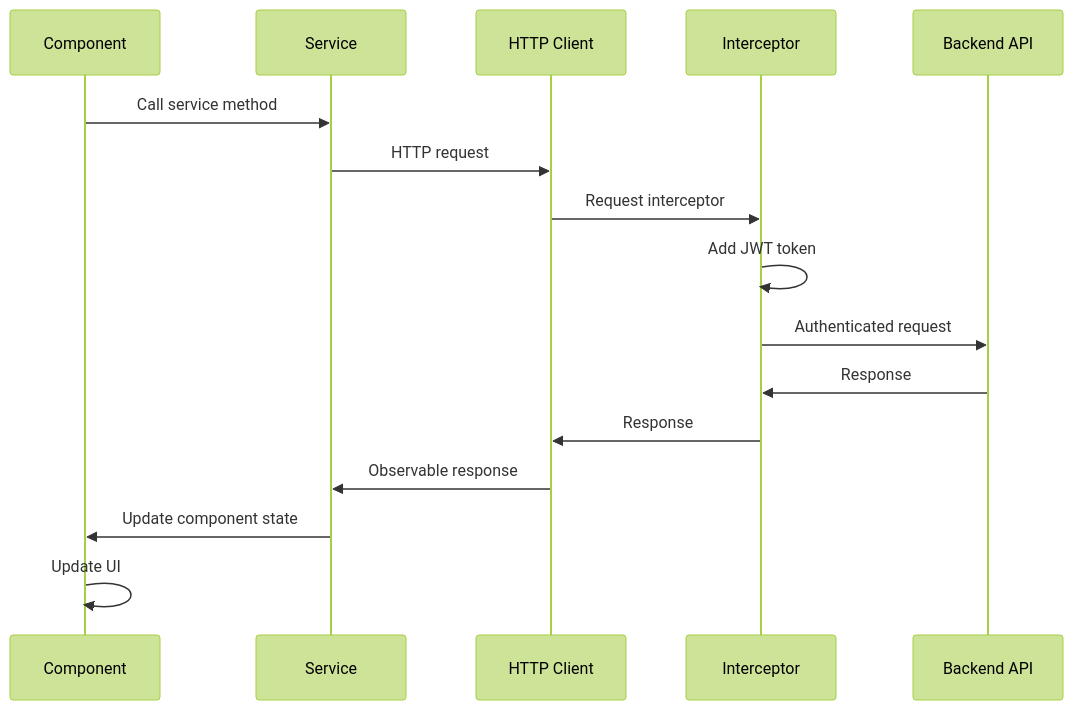
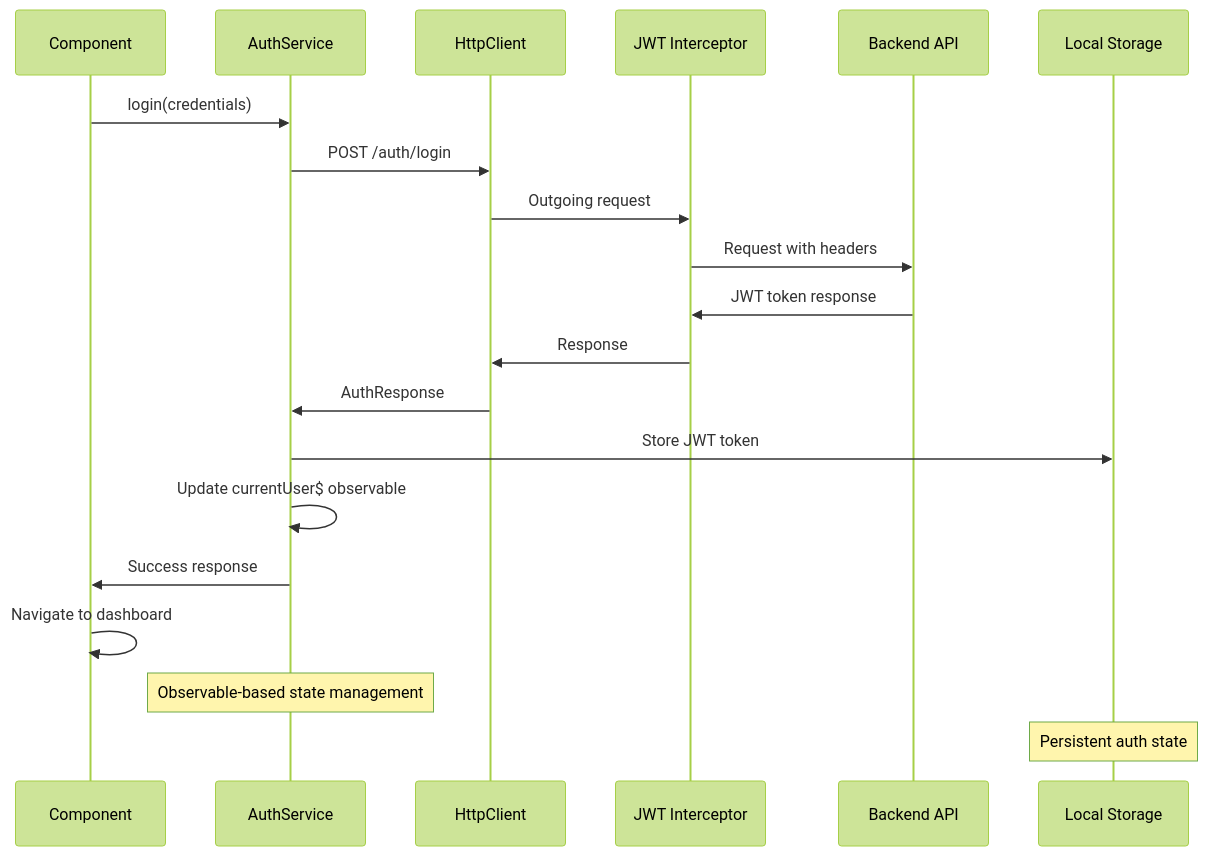
Diagram 20 of 28 in docs/PROJECT_DOCUMENTATION.md (mdabdullahfaruque/StudyBridgeBD), drawn with Mermaid (forest theme) before and after one commit. The commit also changed other lines of this file and 5 other files, not shown here.

````diff
--- a/docs/PROJECT_DOCUMENTATION.md
+++ b/docs/PROJECT_DOCUMENTATION.md
@@ -840,19 +907,24 @@
 ```mermaid
 sequenceDiagram
-    participant COMP as Component
-    participant SVC as Service
-    participant HTTP as HTTP Client
-    participant INT as Interceptor
+    participant UI as Component
+    participant AUTH as AuthService
+    participant HTTP as HttpClient
+    participant INT as JWT Interceptor
     participant API as Backend API
+    participant STORE as Local Storage
     
-    COMP->>SVC: Call service method
-    SVC->>HTTP: HTTP request
-    HTTP->>INT: Request interceptor
-    INT->>INT: Add JWT token
-    INT->>API: Authenticated request
-    API->>INT: Response
+    UI->>AUTH: login(credentials)
+    AUTH->>HTTP: POST /auth/login
+    HTTP->>INT: Outgoing request
+    INT->>API: Request with headers
+    API->>INT: JWT token response
     INT->>HTTP: Response
-    HTTP->>SVC: Observable response
-    SVC->>COMP: Update component state
-    COMP->>COMP: Update UI
+    HTTP->>AUTH: AuthResponse
+    AUTH->>STORE: Store JWT token
+    AUTH->>AUTH: Update currentUser$ observable
+    AUTH->>UI: Success response
+    UI->>UI: Navigate to dashboard
+    
+    Note over AUTH: Observable-based state management
+    Note over STORE: Persistent auth state
 ```
````
